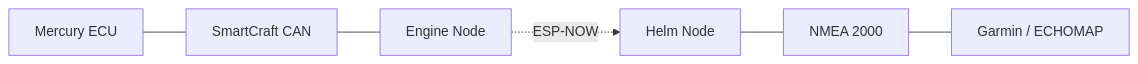
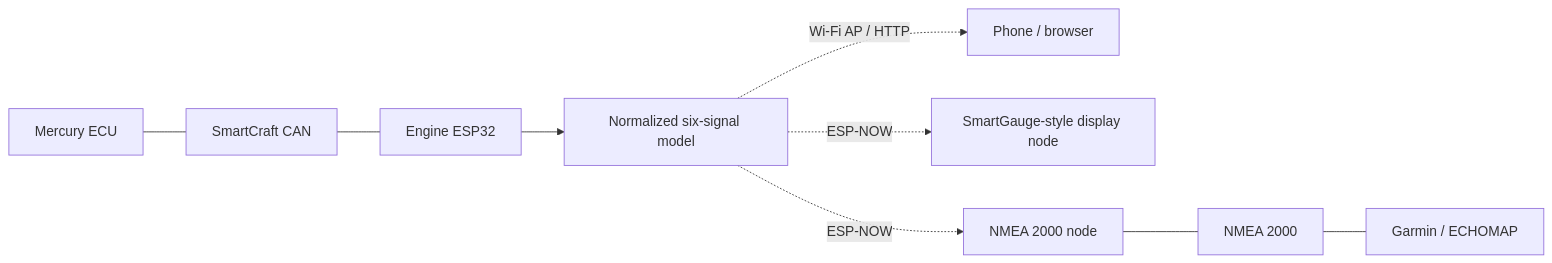
One commit to OldButTalented/CraftBridge changed the diagram in docs/architecture-and-hardware.md. Above: the diagram before and after it, drawn with Mermaid. The commit also changed other lines of this file and 5 other files, not shown here.

````diff
--- a/docs/architecture-and-hardware.md
+++ b/docs/architecture-and-hardware.md
@@ -7,8 +7,11 @@
 ```mermaid
 flowchart LR
     ECU[Mercury ECU] --- SC[SmartCraft CAN]
-    SC --- EN[Engine Node]
-    EN -. ESP-NOW .-> HN[Helm Node]
+    SC --- EN[Engine ESP32]
+    EN --> MODEL[Normalized six-signal model]
+    MODEL -. Wi-Fi AP / HTTP .-> WEB[Phone / browser]
+    MODEL -. ESP-NOW .-> DISPLAY[SmartGauge-style display node]
+    MODEL -. ESP-NOW .-> HN[NMEA 2000 node]
     HN --- N2K[NMEA 2000]
     N2K --- Garmin[Garmin / ECHOMAP]
 ```
````
